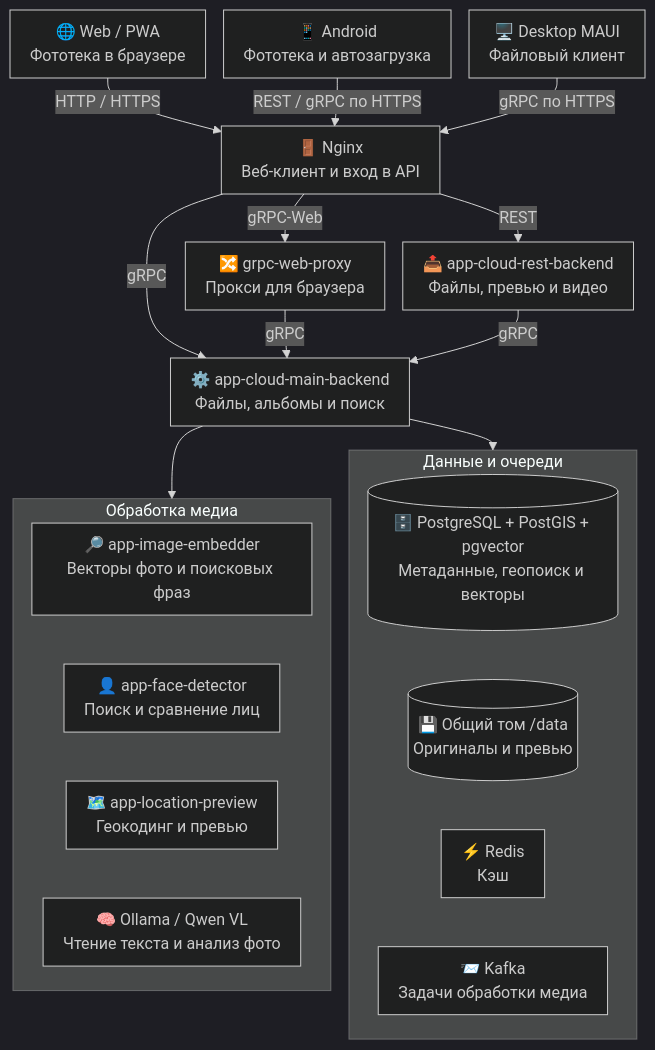
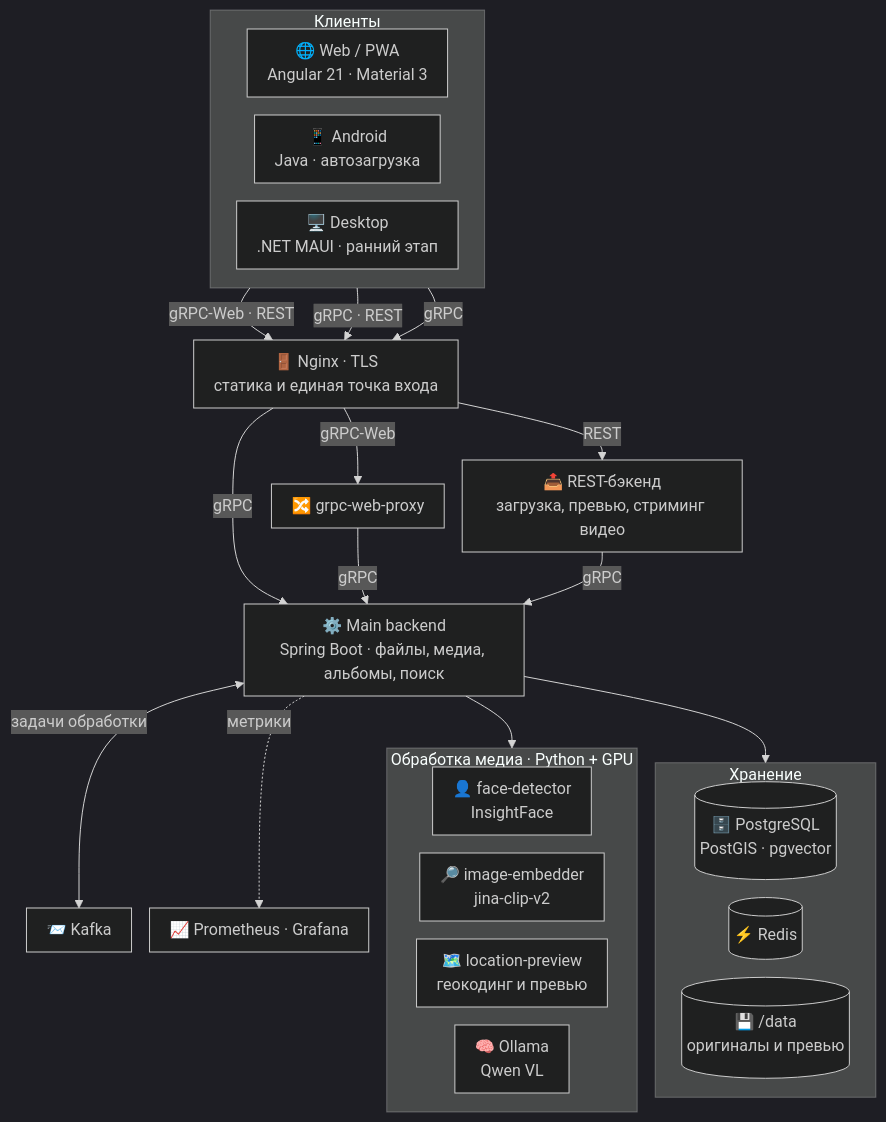
The third of 4 diagrams in README.md (Bati4eli/SmartBerryStorage-all-in-one), drawn with Mermaid (dark theme) before and after one commit. The commit also changed other lines of this file and 13 other files, not shown here.

First line of the commit message:
docs: ✨ showcase SmartCloud photo search and architecture in README

````diff
--- a/README.md
+++ b/README.md
@@ -15,40 +201,49 @@
 ```mermaid
 ---
 config:
   flowchart:
     nodeSpacing: 18
-    rankSpacing: 24
+    rankSpacing: 28
     padding: 10
     wrappingWidth: 240
 ---
 flowchart TB
-    Web["🌐 Web / PWA<br/>Фототека в браузере"] -->|HTTP / HTTPS| Nginx["🚪 Nginx<br/>Веб-клиент и вход в API"]
-    Android["📱 Android<br/>Фототека и автозагрузка"] -->|REST / gRPC по HTTPS| Nginx
-    Desktop["🖥️ Desktop MAUI<br/>Файловый клиент"] -->|gRPC по HTTPS| Nginx
-    Nginx -->|gRPC-Web| Proxy["🔀 grpc-web-proxy<br/>Прокси для браузера"]
-    Nginx -->|REST| Rest["📤 app-cloud-rest-backend<br/>Файлы, превью и видео"]
-    Nginx -->|gRPC| Main["⚙️ app-cloud-main-backend<br/>Файлы, альбомы и поиск"]
+    subgraph Clients["Клиенты"]
+        direction LR
+        Web["🌐 Web / PWA<br/>Angular 21 · Material 3"]
+        Android["📱 Android<br/>Java · автозагрузка"]
+        Desktop["🖥️ Desktop<br/>.NET MAUI · ранний этап"]
+    end
+
+    Web -->|gRPC-Web · REST| Nginx
+    Android -->|gRPC · REST| Nginx
+    Desktop -->|gRPC| Nginx
+
+    Nginx["🚪 Nginx · TLS<br/>статика и единая точка входа"]
+    Nginx -->|gRPC-Web| Proxy["🔀 grpc-web-proxy"]
+    Nginx -->|REST| Rest["📤 REST-бэкенд<br/>загрузка, превью, стриминг видео"]
+    Nginx -->|gRPC| Main["⚙️ Main backend<br/>Spring Boot · файлы, медиа, альбомы, поиск"]
     Proxy -->|gRPC| Main
     Rest -->|gRPC| Main
 
-    Main --> Media
+    Main <-->|задачи обработки| Kafka["📨 Kafka"]
+    Main --> AI
     Main --> Data
 
-    subgraph Media["Обработка медиа"]
-        direction TB
-        Embedder["🔎 app-image-embedder<br/>Векторы фото и поисковых фраз"]
-        Face["👤 app-face-detector<br/>Поиск и сравнение лиц"]
-        Location["🗺️ app-location-preview<br/>Геокодинг и превью"]
-        Ollama["🧠 Ollama / Qwen VL<br/>Чтение текста и анализ фото"]
-        Embedder ~~~ Face ~~~ Location ~~~ Ollama
+    subgraph AI["Обработка медиа · Python + GPU"]
+        direction LR
+        Face["👤 face-detector<br/>InsightFace"]
+        Embed["🔎 image-embedder<br/>jina-clip-v2"]
+        Geo["🗺️ location-preview<br/>геокодинг и превью"]
+        VLM["🧠 Ollama<br/>Qwen VL"]
     end
 
-    subgraph Data["Данные и очереди"]
-        direction TB
-        Db[("🗄️ PostgreSQL + PostGIS + pgvector<br/>Метаданные, геопоиск и векторы")]
-        Storage[("💾 Общий том /data<br/>Оригиналы и превью")]
-        Redis["⚡ Redis<br/>Кэш"]
-        Kafka["📨 Kafka<br/>Задачи обработки медиа"]
-        Db ~~~ Storage ~~~ Redis ~~~ Kafka
+    subgraph Data["Хранение"]
+        direction LR
+        Db[("🗄️ PostgreSQL<br/>PostGIS · pgvector")]
+        Redis[("⚡ Redis")]
+        Files[("💾 /data<br/>оригиналы и превью")]
     end
+
+    Main -.->|метрики| Mon["📈 Prometheus · Grafana"]
 ```
````
